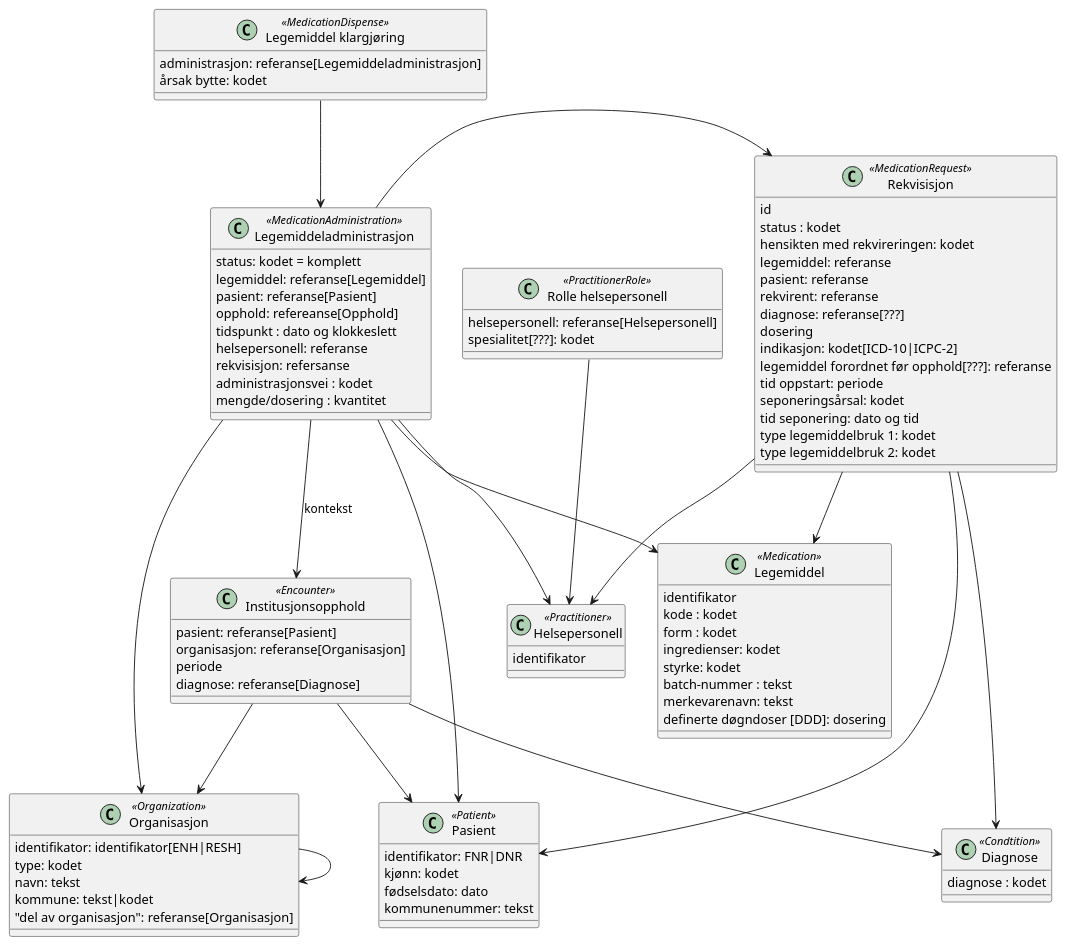
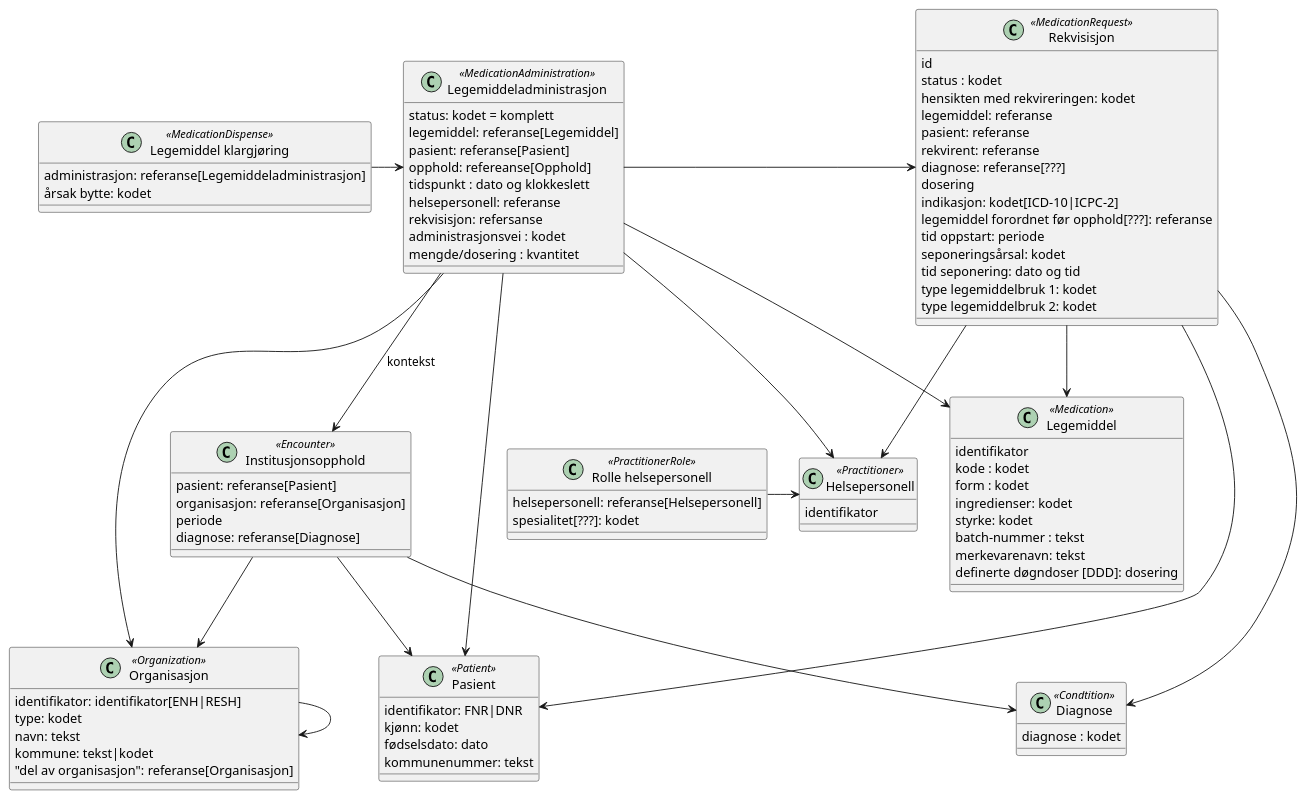
Before and after one commit to HL7Norway/LMDI: the diagram in modeller/informasjonsmodell-test.plantuml, drawn with PlantUML. The commit also changed 1 other file, not shown here.

```diff
--- a/modeller/informasjonsmodell-test.plantuml
+++ b/modeller/informasjonsmodell-test.plantuml
@@ -1,105 +1,105 @@
 @startuml
 
 class Pasient <<Patient>> {
    identifikator: FNR|DNR
    kjønn: kodet
    fødselsdato: dato
    kommunenummer: tekst 
 }
 class Legemiddeladministrasjon <<MedicationAdministration>> {
    status: kodet = komplett
    legemiddel: referanse[Legemiddel]
    pasient: referanse[Pasient]
    opphold: refereanse[Opphold]
    tidspunkt : dato og klokkeslett
    helsepersonell: referanse
    rekvisisjon: refersanse
    administrasjonsvei : kodet
    mengde/dosering : kvantitet
 }
 
 Legemiddeladministrasjon -> Legemiddel 
 Legemiddeladministrasjon --> Pasient
 Legemiddeladministrasjon --> Helsepersonell
 Legemiddeladministrasjon --> Organisasjon
 Legemiddeladministrasjon -> Rekvisisjon
 Legemiddeladministrasjon --> Institusjonsopphold : kontekst
 
 class Legemiddel <<Medication>> {
    identifikator
    kode : kodet
    form : kodet
    ingredienser: kodet
    styrke: kodet
    batch-nummer : tekst
    merkevarenavn: tekst
    definerte døgndoser [DDD]: dosering
 }
 
 class Helsepersonell <<Practitioner>> {
    identifikator
 }
 class Organisasjon <<Organization>> {
    identifikator: identifikator[ENH|RESH]
    type: kodet
    navn: tekst
    kommune: tekst|kodet
    "del av organisasjon": referanse[Organisasjon]
 }
 
 Organisasjon --> Organisasjon
 
 class Institusjonsopphold <<Encounter>> {
     pasient: referanse[Pasient]
     organisasjon: referanse[Organisasjon]
     periode
     diagnose: referanse[Diagnose]
 }
 
 Institusjonsopphold --> Pasient
 Institusjonsopphold --> Organisasjon
 Institusjonsopphold --> Diagnose
 
 class Diagnose <<Condtition>> {
    diagnose : kodet
 }
 
 class Rekvisisjon <<MedicationRequest>> {
     id
     status : kodet
     hensikten med rekvireringen: kodet
     legemiddel: referanse
     pasient: referanse
     rekvirent: referanse
     diagnose: referanse[???]
     dosering
     indikasjon: kodet[ICD-10|ICPC-2]
     legemiddel forordnet før opphold[???]: referanse
     tid oppstart: periode
     seponeringsårsal: kodet
     tid seponering: dato og tid
     type legemiddelbruk 1: kodet
     type legemiddelbruk 2: kodet
 }
 
 Rekvisisjon --> Diagnose
 Rekvisisjon --> Legemiddel
 Rekvisisjon --> Pasient
 Rekvisisjon --> Helsepersonell
 
 class "Legemiddel klargjøring" <<MedicationDispense>> {
     administrasjon: referanse[Legemiddeladministrasjon]
     årsak bytte: kodet
 } 
 
-"Legemiddel klargjøring" --> Legemiddeladministrasjon
+"Legemiddel klargjøring" -> Legemiddeladministrasjon
 
 class "Rolle helsepersonell" <<PractitionerRole>> {
     helsepersonell: referanse[Helsepersonell]
     spesialitet[???]: kodet
 }
 
-"Rolle helsepersonell" --> Helsepersonell
+"Rolle helsepersonell" -> Helsepersonell
 
 
 @enduml
```
